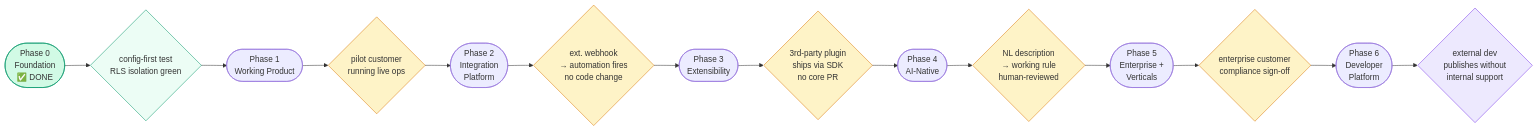
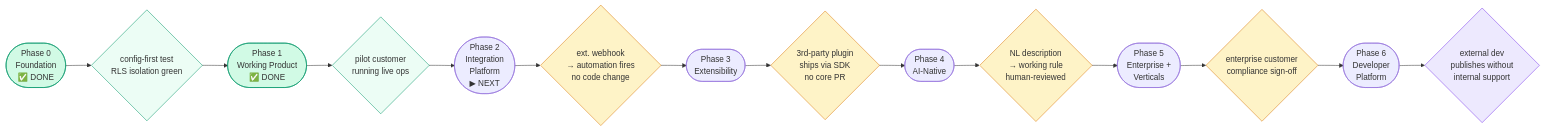
Before and after one commit to TusharSharma991/OpenWind: the third of 7 diagrams in docs/platform-vision.md, drawn with Mermaid. The commit also changed other lines of this file and 4 other files, not shown here.

````diff
--- a/docs/platform-vision.md
+++ b/docs/platform-vision.md
@@ -187,29 +187,31 @@
 ```mermaid
 flowchart LR
     P0(["Phase 0\nFoundation\n✅ DONE"])
-    P1(["Phase 1\nWorking Product"])
-    P2(["Phase 2\nIntegration\nPlatform"])
+    P1(["Phase 1\nWorking Product\n✅ DONE"])
+    P2(["Phase 2\nIntegration\nPlatform\n▶ NEXT"])
     P3(["Phase 3\nExtensibility"])
     P4(["Phase 4\nAI-Native"])
     P5(["Phase 5\nEnterprise +\nVerticals"])
     P6(["Phase 6\nDeveloper\nPlatform"])
 
     G0{"config-first test\nRLS isolation green"}
     G1{"pilot customer\nrunning live ops"}
     G2{"ext. webhook\n→ automation fires\nno code change"}
     G3{"3rd-party plugin\nships via SDK\nno core PR"}
     G4{"NL description\n→ working rule\nhuman-reviewed"}
     G5{"enterprise customer\ncompliance sign-off"}
     G6{"external dev\npublishes without\ninternal support"}
 
     P0 --> G0 --> P1 --> G1 --> P2 --> G2 --> P3 --> G3 --> P4 --> G4 --> P5 --> G5 --> P6 --> G6
 
     style P0 fill:#d1fae5,stroke:#059669
+    style P1 fill:#d1fae5,stroke:#059669
     style G0 fill:#ecfdf5,stroke:#059669
-    style G1 fill:#fef3c7,stroke:#d97706
+    style G1 fill:#ecfdf5,stroke:#059669
+    style G2 fill:#fef3c7,stroke:#d97706
     style G2 fill:#fef3c7,stroke:#d97706
     style G3 fill:#fef3c7,stroke:#d97706
     style G4 fill:#fef3c7,stroke:#d97706
     style G5 fill:#fef3c7,stroke:#d97706
     style G6 fill:#ede9fe,stroke:#7c3aed
 ```
````
